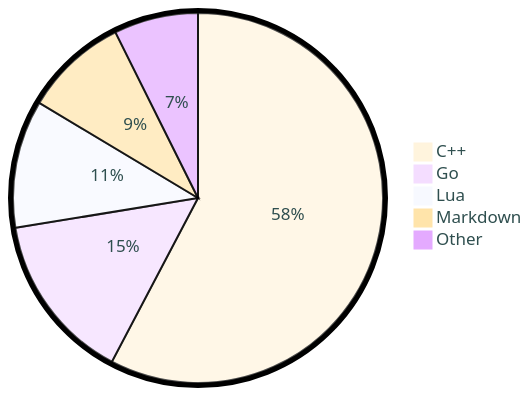
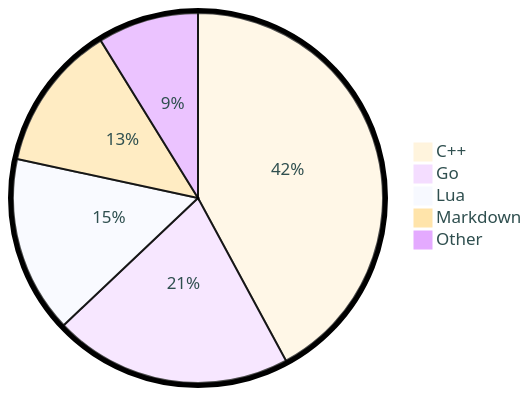
The diagram in README.md (tot0p/tot0p), drawn with Mermaid before and after one commit. The commit also changed other lines of this file, not shown here.

````diff
--- a/README.md
+++ b/README.md
@@ -79,9 +79,9 @@
 ```mermaid
 %%{init: {"pie": {"textPosition": 0.5}, "themeVariables": {"pieOuterStrokeWidth": "5px","primaryTextColor" : "#2F4F4F"},"theme":"base"} }%%
 pie
-	"C++": 57.71
-	"Go": 14.72
-	"Lua": 11.17
-	"Markdown": 9.05
-	"Other": 7.359999999999999
+	"C++": 42.11
+	"Go": 20.82
+	"Lua": 15.45
+	"Markdown": 12.81
+	"Other": 8.809999999999999
 ```
````
